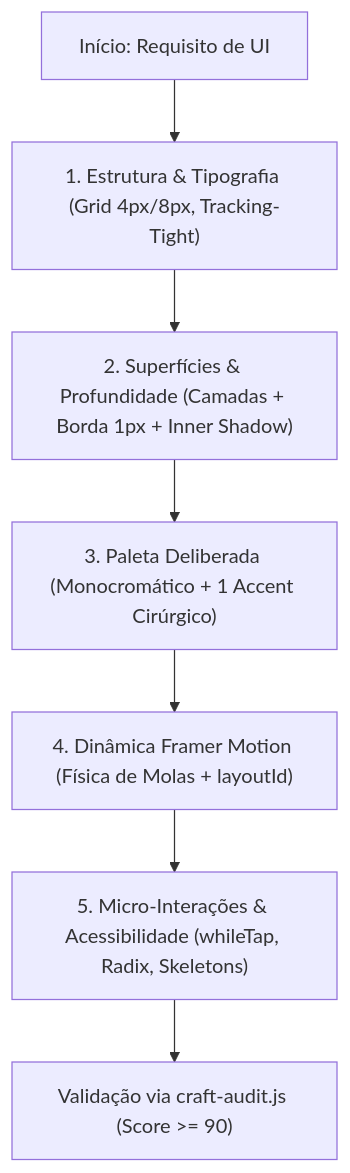
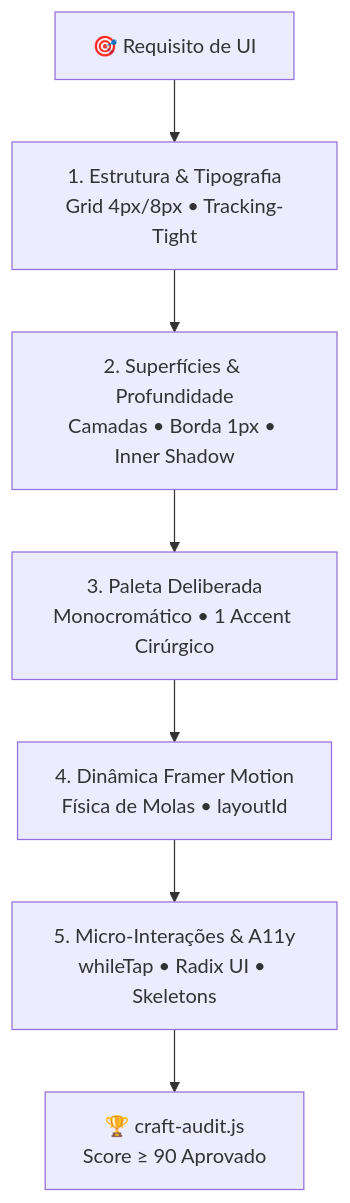
The first of 3 diagrams in frontend-craftsman/SKILL.md (Henrique-All/skills), drawn with Mermaid before and after one commit. The commit also changed other lines of this file and 2 other files, not shown here.

Commit message:
docs(diagrams): break down wide horizontal flows into vertical multi-tier stacks with line breaks for clear high-resolution rendering

````diff
--- a/frontend-craftsman/SKILL.md
+++ b/frontend-craftsman/SKILL.md
@@ -41,9 +41,9 @@
 ```mermaid
 flowchart TD
-    A["Início: Requisito de UI"] --> B["1. Estrutura & Tipografia (Grid 4px/8px, Tracking-Tight)"]
-    B --> C["2. Superfícies & Profundidade (Camadas + Borda 1px + Inner Shadow)"]
-    C --> D["3. Paleta Deliberada (Monocromático + 1 Accent Cirúrgico)"]
-    D --> E["4. Dinâmica Framer Motion (Física de Molas + layoutId)"]
-    E --> F["5. Micro-Interações & Acessibilidade (whileTap, Radix, Skeletons)"]
-    F --> G["Validação via craft-audit.js (Score >= 90)"]
+    A["🎯 Requisito de UI"] --> B["1. Estrutura & Tipografia<br/>Grid 4px/8px • Tracking-Tight"]
+    B --> C["2. Superfícies & Profundidade<br/>Camadas • Borda 1px • Inner Shadow"]
+    C --> D["3. Paleta Deliberada<br/>Monocromático • 1 Accent Cirúrgico"]
+    D --> E["4. Dinâmica Framer Motion<br/>Física de Molas • layoutId"]
+    E --> F["5. Micro-Interações & A11y<br/>whileTap • Radix UI • Skeletons"]
+    F --> G["🏆 craft-audit.js<br/>Score ≥ 90 Aprovado"]
 ```
````
